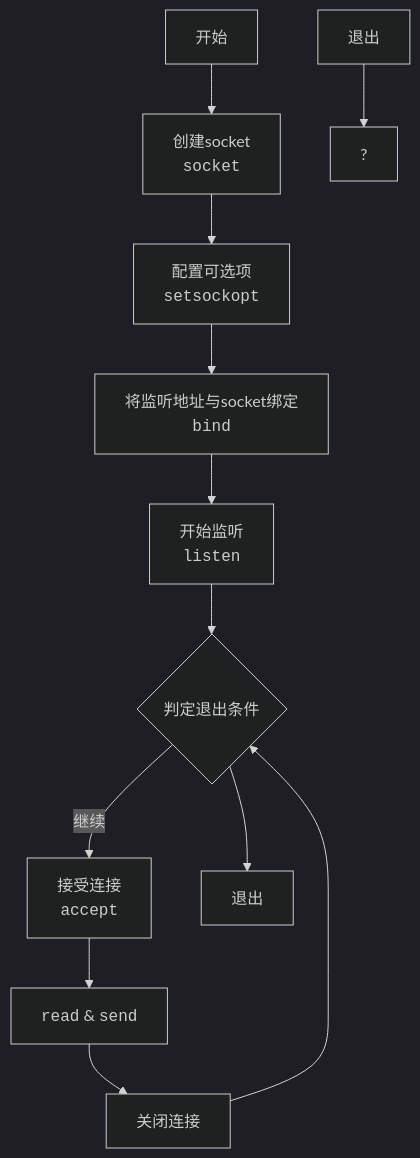
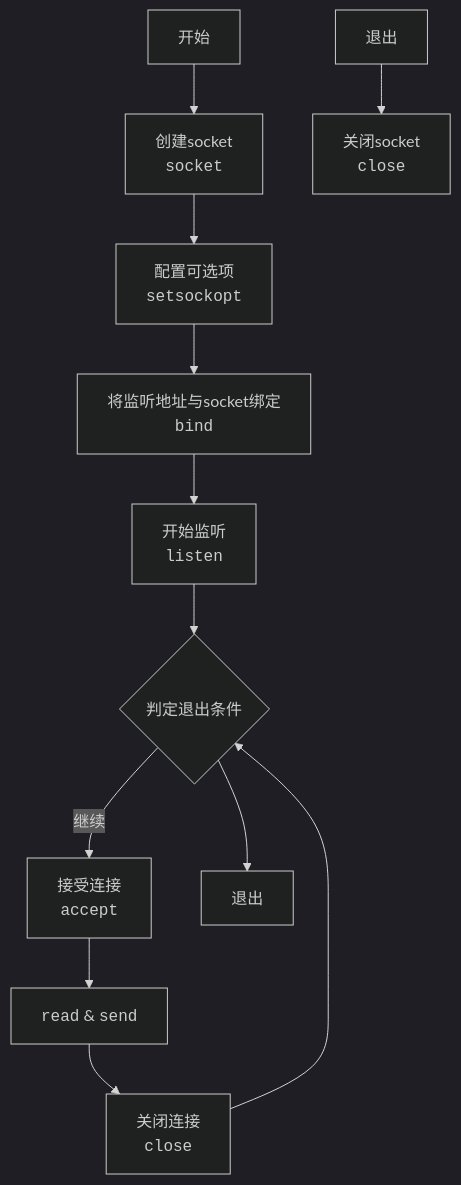
One commit to h13-0/Notebooks changed the diagram in 操作系统/用户态开发/socket/Linux用户态socket.md. Above: the diagram before and after it, drawn with Mermaid (dark theme). The commit also changed other lines of this file and 1 other file, not shown here.

````diff
--- a/操作系统/用户态开发/socket/Linux用户态socket.md
+++ b/操作系统/用户态开发/socket/Linux用户态socket.md
@@ -20,14 +20,14 @@
 ```mermaid
 flowchart TB
 	A[开始] --> B[创建socket<br><code>socket</code>]
 	B --> C[配置可选项<br><code>setsockopt</code>]
 	C --> D[将监听地址与socket绑定<br><code>bind</code>]
 	D --> E[开始监听<br><code>listen</code>]
 	E --> F{判定退出条件}
 	F --> |继续|G[接受连接<br><code>accept</code>]
 	G --> H[<code>read</code> & <code>send</code>]
-	H --> I[关闭连接]
+	H --> I[关闭连接<br><code>close</code>]
 	I --> F
 	F --> J[退出]
-	K[退出] --> L[?]
+	K[退出] --> L[关闭socket<br><code>close</code>]
 ```
````
